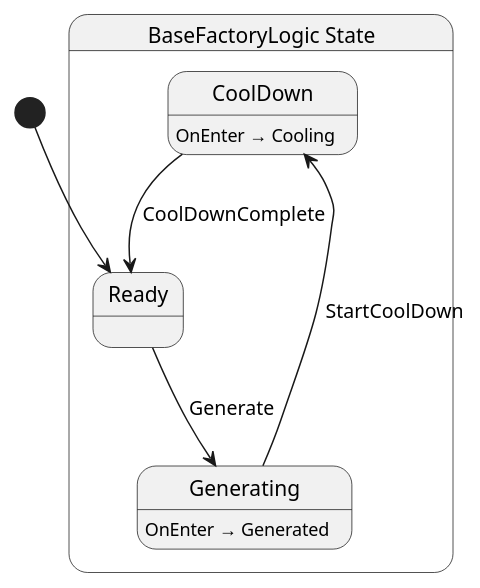
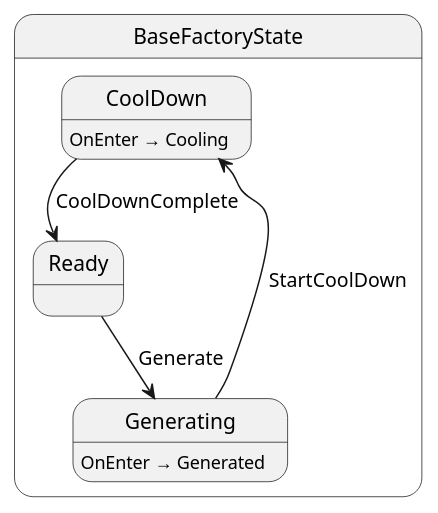
One commit to Ygoat/EternalJourney changed the diagram in src/common/base_factory/state/BaseFactoryLogic.g.puml. Above: the diagram before and after it, drawn with PlantUML. The commit also changed 56 other files, not shown here.

```diff
--- a/src/common/base_factory/state/BaseFactoryLogic.g.puml
+++ b/src/common/base_factory/state/BaseFactoryLogic.g.puml
@@ -1,16 +1,14 @@
-@startuml BaseFactoryLogic
-state "BaseFactoryLogic State" as EternalJourney_Common_BaseFactory_State_BaseFactoryLogic_State {
-  state "CoolDown" as EternalJourney_Common_BaseFactory_State_BaseFactoryLogic_State_CoolDown
-  state "Generating" as EternalJourney_Common_BaseFactory_State_BaseFactoryLogic_State_Generating
-  state "Ready" as EternalJourney_Common_BaseFactory_State_BaseFactoryLogic_State_Ready
+@startuml BaseFactoryState
+state "BaseFactoryState" as EternalJourney_Common_BaseFactory_State_BaseFactoryState {
+  state "CoolDown" as EternalJourney_Common_BaseFactory_State_BaseFactoryState_CoolDown
+  state "Generating" as EternalJourney_Common_BaseFactory_State_BaseFactoryState_Generating
+  state "Ready" as EternalJourney_Common_BaseFactory_State_BaseFactoryState_Ready
 }
 
-EternalJourney_Common_BaseFactory_State_BaseFactoryLogic_State_CoolDown --> EternalJourney_Common_BaseFactory_State_BaseFactoryLogic_State_Ready : CoolDownComplete
-EternalJourney_Common_BaseFactory_State_BaseFactoryLogic_State_Generating --> EternalJourney_Common_BaseFactory_State_BaseFactoryLogic_State_CoolDown : StartCoolDown
-EternalJourney_Common_BaseFactory_State_BaseFactoryLogic_State_Ready --> EternalJourney_Common_BaseFactory_State_BaseFactoryLogic_State_Generating : Generate
+EternalJourney_Common_BaseFactory_State_BaseFactoryState_CoolDown --> EternalJourney_Common_BaseFactory_State_BaseFactoryState_Ready : CoolDownComplete
+EternalJourney_Common_BaseFactory_State_BaseFactoryState_Generating --> EternalJourney_Common_BaseFactory_State_BaseFactoryState_CoolDown : StartCoolDown
+EternalJourney_Common_BaseFactory_State_BaseFactoryState_Ready --> EternalJourney_Common_BaseFactory_State_BaseFactoryState_Generating : Generate
 
-EternalJourney_Common_BaseFactory_State_BaseFactoryLogic_State_CoolDown : OnEnter → Cooling
-EternalJourney_Common_BaseFactory_State_BaseFactoryLogic_State_Generating : OnEnter → Generated
-
-[*] --> EternalJourney_Common_BaseFactory_State_BaseFactoryLogic_State_Ready
+EternalJourney_Common_BaseFactory_State_BaseFactoryState_CoolDown : OnEnter → Cooling
+EternalJourney_Common_BaseFactory_State_BaseFactoryState_Generating : OnEnter → Generated
 @enduml
```
